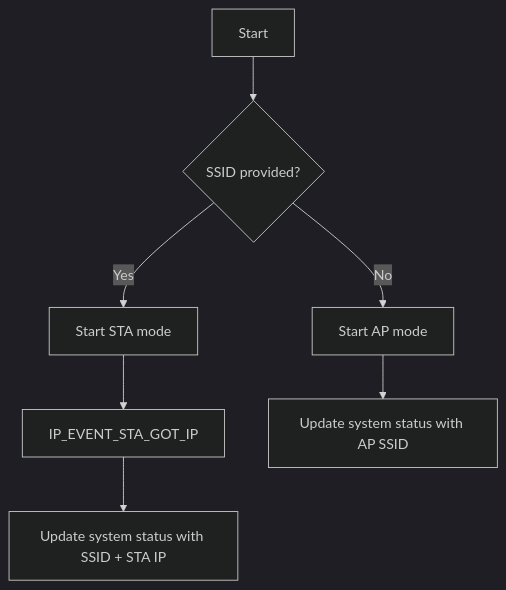
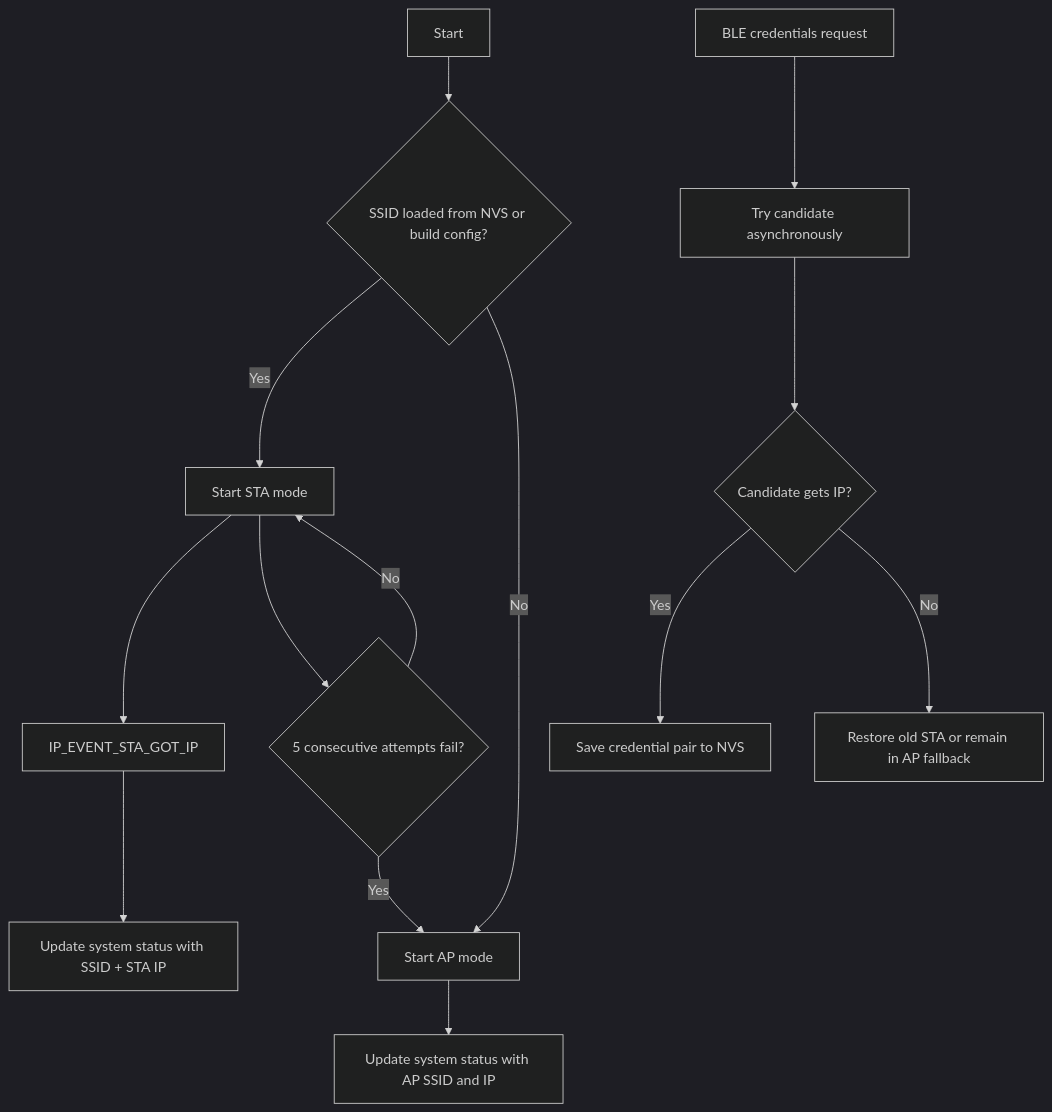
One commit to Nino67/Esp32-S3-HotTub-Base changed the diagram in components/wifi_manager/README.md. Above: the diagram before and after it, drawn with Mermaid (dark theme). The commit also changed other lines of this file and 15 other files, not shown here.

````diff
--- a/components/wifi_manager/README.md
+++ b/components/wifi_manager/README.md
@@ -15,9 +15,16 @@
 ```mermaid
 flowchart TD
-  Start --> HasCreds{SSID provided?}
+  Start --> HasCreds{SSID loaded from NVS or build config?}
   HasCreds -->|Yes| STA[Start STA mode]
   HasCreds -->|No| AP[Start AP mode]
   STA --> GotIP[IP_EVENT_STA_GOT_IP]
   GotIP --> PublishSTA[Update system status with SSID + STA IP]
-  AP --> PublishAP[Update system status with AP SSID]
+  STA --> Failures{5 consecutive attempts fail?}
+  Failures -->|No| STA
+  Failures -->|Yes| AP
+  AP --> PublishAP[Update system status with AP SSID and IP]
+  BLE[BLE credentials request] --> Trial[Try candidate asynchronously]
+  Trial --> TrialOK{Candidate gets IP?}
+  TrialOK -->|Yes| Save[Save credential pair to NVS]
+  TrialOK -->|No| Restore[Restore old STA or remain in AP fallback]
 ```
````
